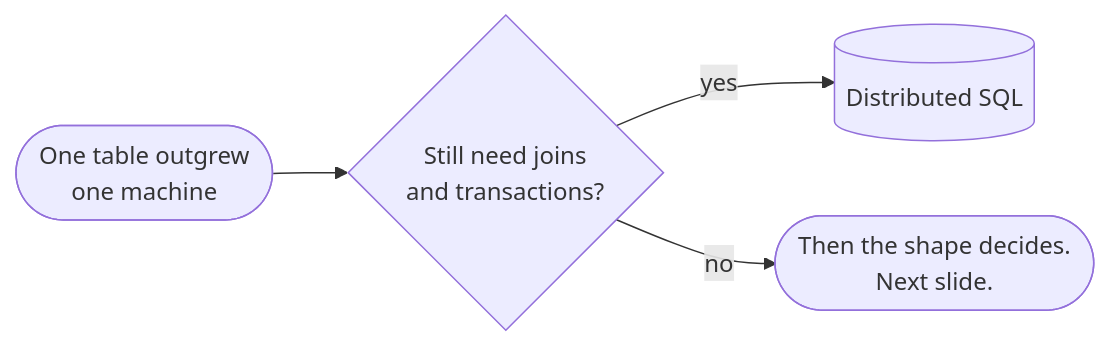
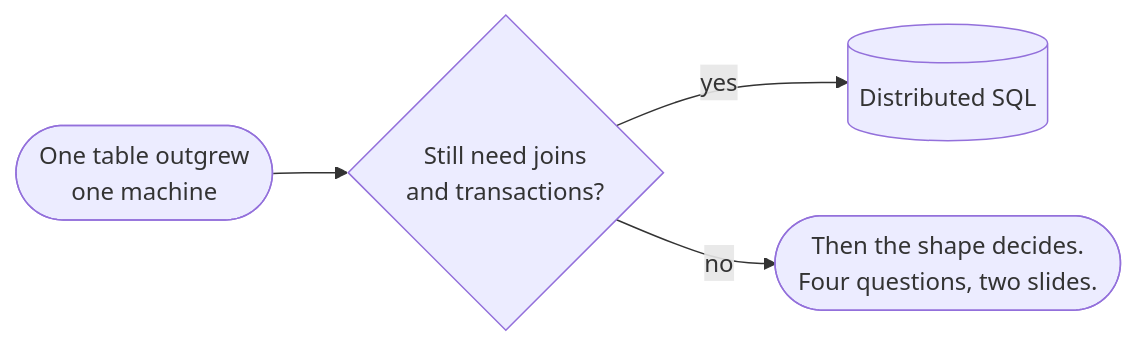
Before and after one commit to Laticent/lattice: the seventh of 32 diagrams in examples/system-design-foundations.md, drawn with Mermaid. The commit also changed other lines of this file and 2 other files, not shown here.

First line of the commit message:
deck(examples): cut two duplicate title slides and fix a tree that miscounted itself

````diff
--- a/examples/system-design-foundations.md
+++ b/examples/system-design-foundations.md
@@ -1061,6 +1041,6 @@
 ```mermaid
 flowchart LR
   BIG(["One table outgrew<br/>one machine"]) --> QB{"Still need joins<br/>and transactions?"}
   QB -->|"yes"| DS[("Distributed SQL")]
-  QB -->|"no"| SHAPE(["Then the shape decides.<br/>Next slide."])
+  QB -->|"no"| SHAPE(["Then the shape decides.<br/>Four questions, two slides."])
 ```
````
